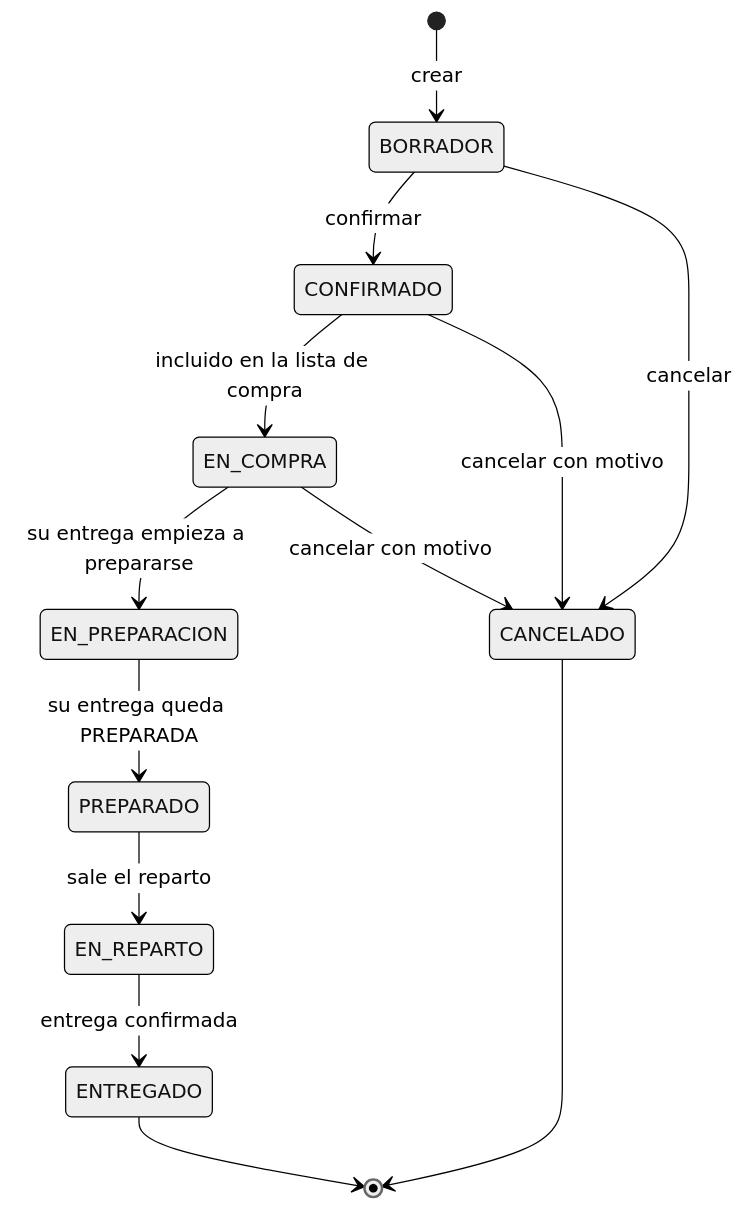
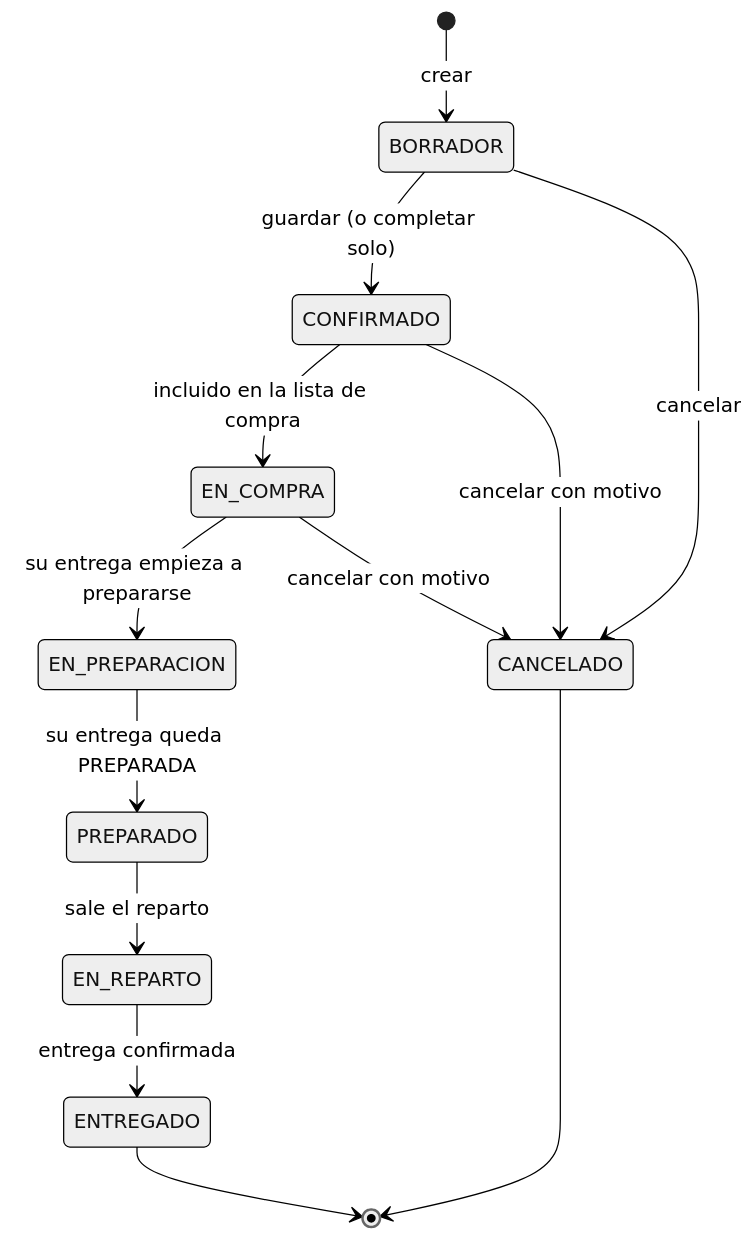
Before and after one commit to Facumirande/sistema-juan: the fourth of 8 diagrams in docs/plan/04-procesos-y-flujos.md, drawn with Mermaid (neutral theme). The commit also changed other lines of this file and 66 other files, not shown here.

````diff
--- a/docs/plan/04-procesos-y-flujos.md
+++ b/docs/plan/04-procesos-y-flujos.md
@@ -291,15 +290,15 @@
 ```mermaid
 stateDiagram-v2
     [*] --> BORRADOR : crear
-    BORRADOR --> CONFIRMADO : confirmar
+    BORRADOR --> CONFIRMADO : guardar (o completar solo)
     CONFIRMADO --> EN_COMPRA : incluido en la lista de compra
     EN_COMPRA --> EN_PREPARACION : su entrega empieza a prepararse
     EN_PREPARACION --> PREPARADO : su entrega queda PREPARADA
     PREPARADO --> EN_REPARTO : sale el reparto
     EN_REPARTO --> ENTREGADO : entrega confirmada
     BORRADOR --> CANCELADO : cancelar
     CONFIRMADO --> CANCELADO : cancelar con motivo
     EN_COMPRA --> CANCELADO : cancelar con motivo
     ENTREGADO --> [*]
     CANCELADO --> [*]
 ```
````
